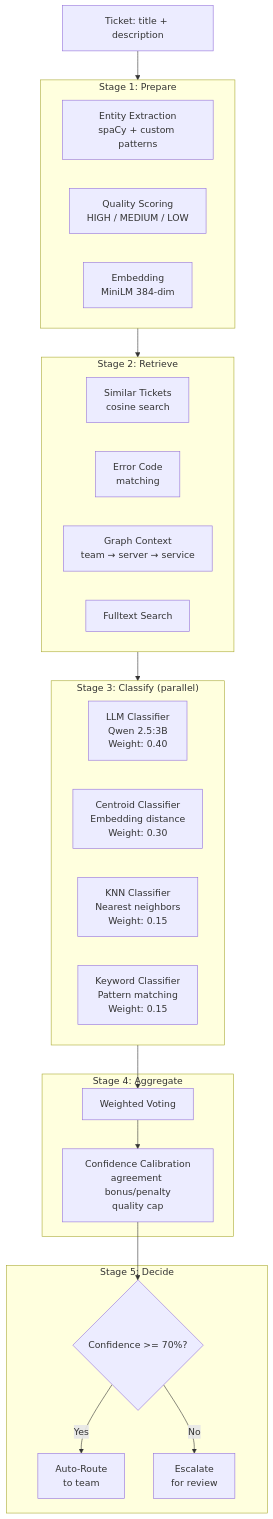
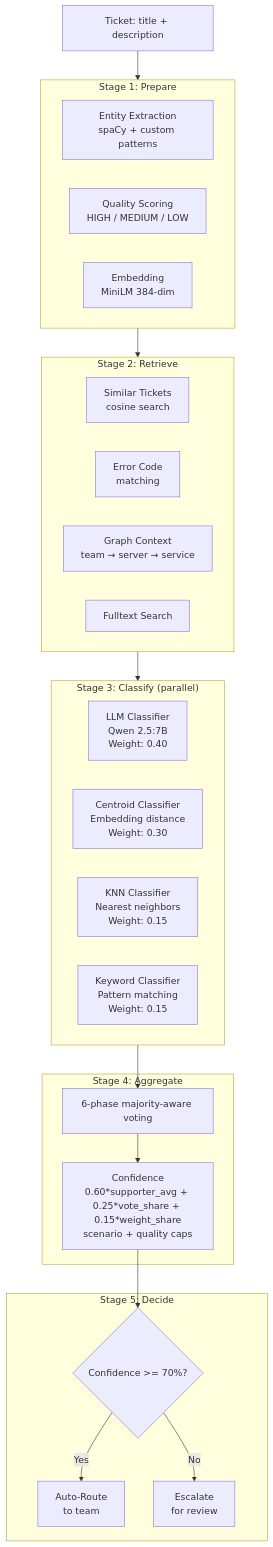
The third of 6 diagrams in docs/diagrams/README.md (arif-asadullah/AI-Ticket-Routing), drawn with Mermaid before and after one commit. The commit also changed other lines of this file and 24 other files, not shown here.

````diff
--- a/docs/diagrams/README.md
+++ b/docs/diagrams/README.md
@@ -75,44 +75,44 @@
 ```mermaid
 flowchart TD
     Input["Ticket: title + description"]
 
     subgraph Stage1["Stage 1: Prepare"]
         Entity[Entity Extraction\nspaCy + custom patterns]
         Quality[Quality Scoring\nHIGH / MEDIUM / LOW]
         Embed[Embedding\nMiniLM 384-dim]
     end
 
     subgraph Stage2["Stage 2: Retrieve"]
         Similar[Similar Tickets\ncosine search]
         ErrorMatch[Error Code\nmatching]
         GraphCtx[Graph Context\nteam → server → service]
         Fulltext[Fulltext Search]
     end
 
     subgraph Stage3["Stage 3: Classify (parallel)"]
-        LLM["LLM Classifier\nQwen 2.5:3B\nWeight: 0.40"]
+        LLM["LLM Classifier\nQwen 2.5:7B\nWeight: 0.40"]
         Centroid["Centroid Classifier\nEmbedding distance\nWeight: 0.30"]
         KNN["KNN Classifier\nNearest neighbors\nWeight: 0.15"]
         Keyword["Keyword Classifier\nPattern matching\nWeight: 0.15"]
     end
 
     subgraph Stage4["Stage 4: Aggregate"]
-        Vote[Weighted Voting]
-        Calibrate[Confidence Calibration\nagreement bonus/penalty\nquality cap]
+        Vote[6-phase majority-aware voting]
+        Calibrate[Confidence\n0.60*supporter_avg + 0.25*vote_share + 0.15*weight_share\nscenario + quality caps]
     end
 
     subgraph Stage5["Stage 5: Decide"]
         Route{Confidence >= 70%?}
         Routed[Auto-Route\nto team]
         Escalated[Escalate\nfor review]
     end
 
     Input --> Stage1
     Stage1 --> Stage2
     Stage2 --> Stage3
     Stage3 --> Vote
     Vote --> Calibrate
     Calibrate --> Route
     Route -->|Yes| Routed
     Route -->|No| Escalated
 ```
````
